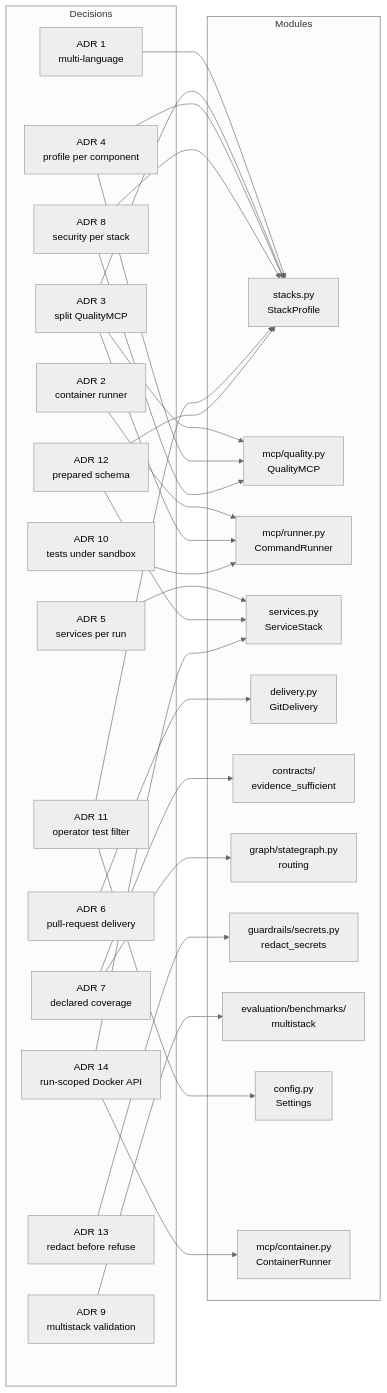
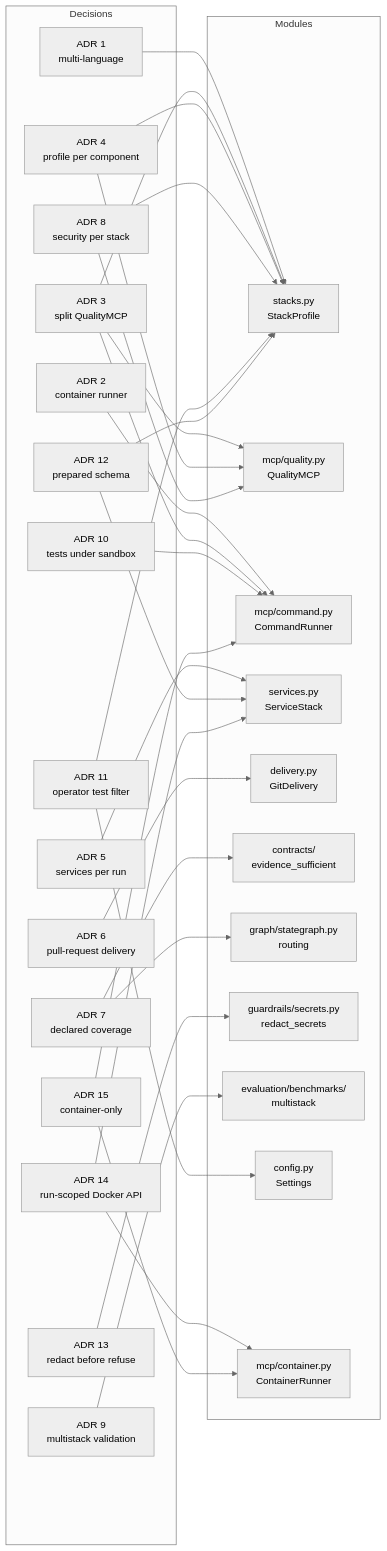
One commit to full-stack-dev-johncastrosanabria/MultiAgent-Software-Engineering-Team. changed the diagram in docs/architecture/decisions/README.md. Above: the diagram before and after it, drawn with Mermaid (neutral theme). The commit also changed other lines of this file and 31 other files, not shown here.

````diff
--- a/docs/architecture/decisions/README.md
+++ b/docs/architecture/decisions/README.md
@@ -37,56 +38,59 @@
 ```mermaid
 flowchart LR
   subgraph D["Decisions"]
     A1["ADR 1<br/>multi-language"]
     A2["ADR 2<br/>container runner"]
     A3["ADR 3<br/>split QualityMCP"]
     A4["ADR 4<br/>profile per component"]
     A5["ADR 5<br/>services per run"]
     A6["ADR 6<br/>pull-request delivery"]
     A7["ADR 7<br/>declared coverage"]
     A8["ADR 8<br/>security per stack"]
     A9["ADR 9<br/>multistack validation"]
     A10["ADR 10<br/>tests under sandbox"]
     A11["ADR 11<br/>operator test filter"]
     A12["ADR 12<br/>prepared schema"]
     A13["ADR 13<br/>redact before refuse"]
     A14["ADR 14<br/>run-scoped Docker API"]
+    A15["ADR 15<br/>container-only"]
   end
 
   subgraph M["Modules"]
     ST["stacks.py<br/>StackProfile"]
     QU["mcp/quality.py<br/>QualityMCP"]
-    RU["mcp/runner.py<br/>CommandRunner"]
+    RU["mcp/command.py<br/>CommandRunner"]
     SV["services.py<br/>ServiceStack"]
     DE["delivery.py<br/>GitDelivery"]
     CO["contracts/<br/>evidence_sufficient"]
     GR["graph/stategraph.py<br/>routing"]
     GU["guardrails/secrets.py<br/>redact_secrets"]
     EV["evaluation/benchmarks/<br/>multistack"]
     CF["config.py<br/>Settings"]
     CN["mcp/container.py<br/>ContainerRunner"]
   end
 
   A1 --> ST
   A2 --> RU
   A3 --> QU
   A3 --> RU
   A3 --> ST
   A4 --> ST
   A4 --> QU
   A5 --> SV
   A6 --> DE
   A7 --> CO
   A7 --> GR
   A8 --> ST
   A8 --> QU
   A9 --> EV
   A10 --> RU
   A11 --> CF
   A11 --> ST
   A12 --> ST
   A12 --> SV
   A13 --> GU
   A14 --> CN
   A14 --> SV
+  A15 --> CN
+  A15 --> RU
 ```
````
